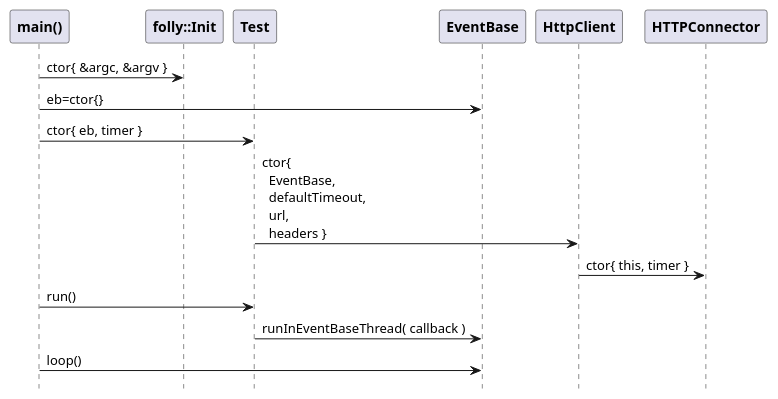
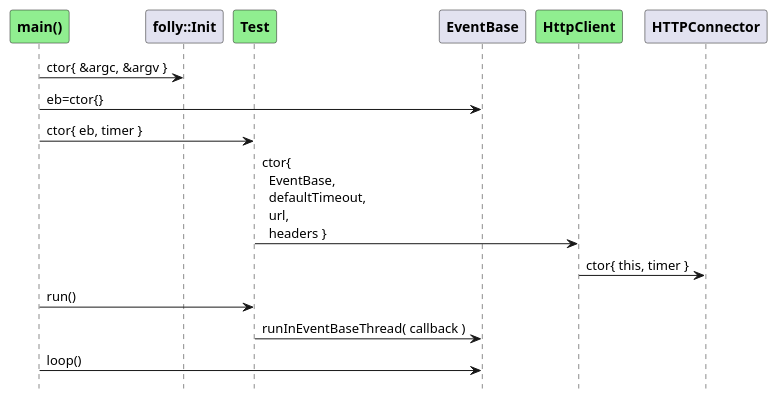
Before and after one commit to patrickhallinan/hello-proxygen: the first of 2 diagrams in doc/test.adoc, drawn with PlantUML. The commit also changed other lines of this file and 8 other files, not shown here.

```diff
--- a/doc/test.adoc
+++ b/doc/test.adoc
@@ -21,27 +21,27 @@
 [plantuml, "test-init-seq.puml", svg]
 ----
 hide footbox
 
-participant "**main()**" as main
+participant "**main()**" as main  #LightGreen
 participant "**folly::Init**" as Init
-participant "**Test**" as test
+participant "**Test**" as test  #LightGreen
 participant "**EventBase**" as EventBase
-participant "**HttpClient**" as HttpClient
+participant "**HttpClient**" as HttpClient  #LightGreen
 participant "**HTTPConnector**" as HTTPConnector
 
 
 main -> Init : ctor{ &argc, &argv }
 main -> EventBase : eb=ctor{}
 
 main -> test : ctor{ eb, timer }
 
 test -> HttpClient : ctor{\n  EventBase,\n  defaultTimeout,\n  url,\n  headers }
 
 HttpClient -> HTTPConnector : ctor{ this, timer }        
 
 main -> test : run()
 
 test -> EventBase : runInEventBaseThread( callback )
 
 main -> EventBase : loop()
 ----
```
